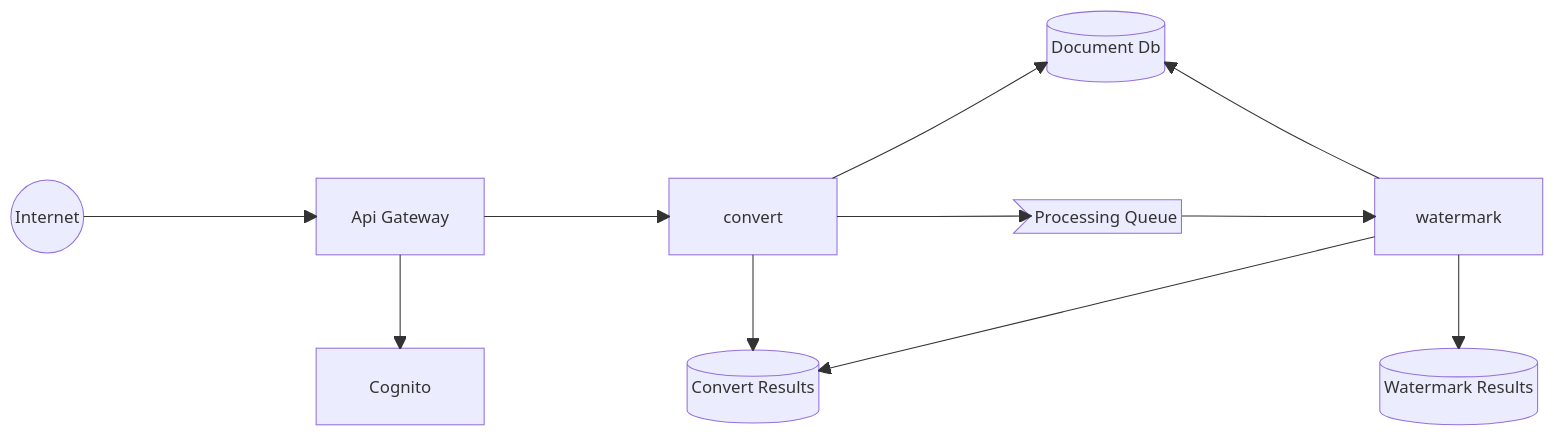
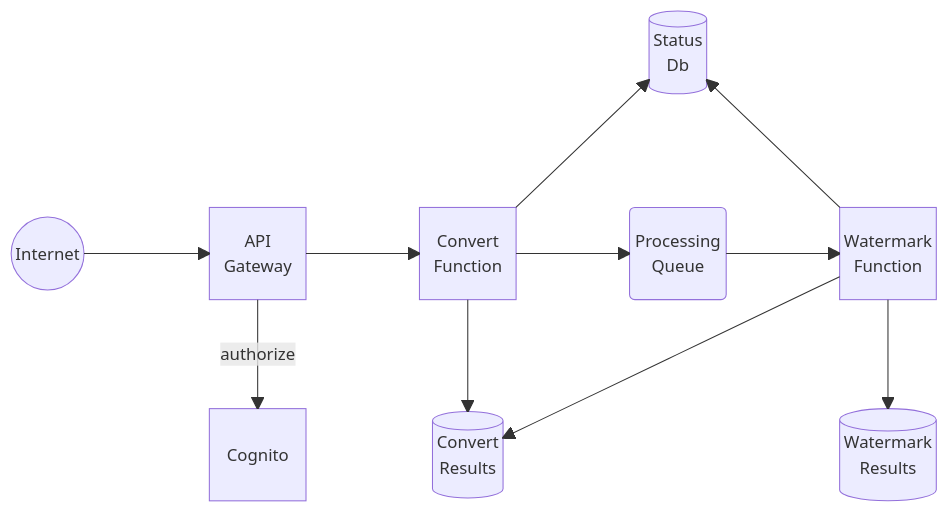
The diagram in samples/convert-and-watermark-documents/README.md (vantm/localstack-aws), drawn with Mermaid before and after one commit.

Commit message:
Update README.md for improved diagram clarity

````diff
--- a/samples/convert-and-watermark-documents/README.md
+++ b/samples/convert-and-watermark-documents/README.md
@@ -5,30 +5,30 @@
 ```mermaid
 block-beta
     columns 9
-    space:6 db[("Document Db")] space:2
+    space:6 db[("Status\nDb")] space:2
 
     space:9
     
     ext(("Internet")) space
-    gw["Api Gateway"] space
-    convert space 
-    queue>"Processing Queue"] space
-    watermark 
+    gw["API\nGateway"] space
+    convert["Convert\nFunction"] space 
+    queue("Processing\nQueue") space
+    watermark["Watermark\nFunction"]
     
     space:9 
     
     space:2 auth["Cognito"] space
-    result1[("Convert Results")] space:3
-    result2[("Watermark Results")]
+    result1[("Convert\nResults")] space:3
+    result2[("Watermark\nResults")]
 
     ext --> gw
-    gw --> auth
+    gw -- "authorize" --> auth
     gw --> convert
     convert --> queue
     queue --> watermark
     convert --> result1
     watermark --> result1
     watermark --> result2
     convert --> db
     watermark --> db
 ```
````
